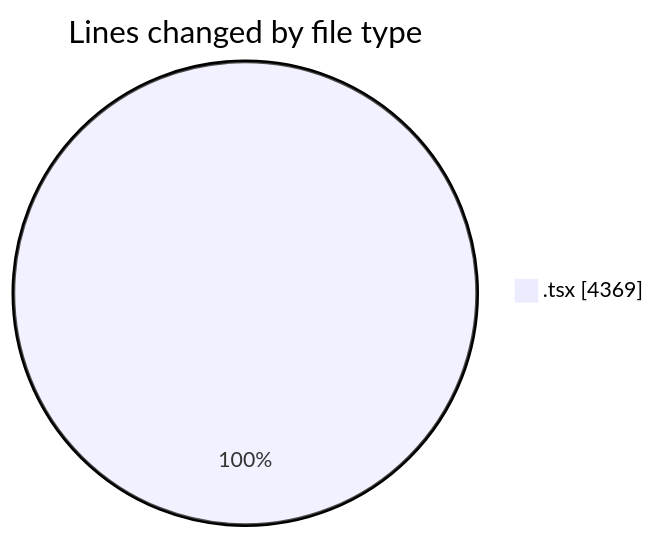
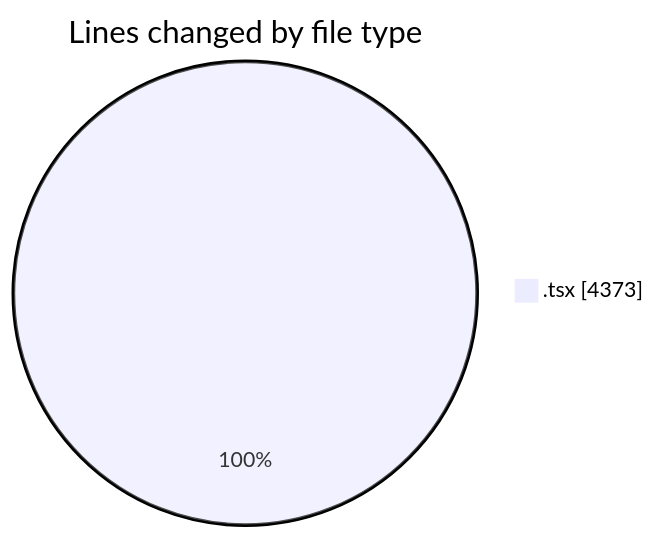
One commit to nxtqubesakshisongat/code-tracking changed the first of 2 diagrams in 2026-04-01/nxtqube_webapp/README.md. Above: the diagram before and after it, drawn with Mermaid. The commit also changed other lines of this file and 1 other file, not shown here.

````diff
--- a/2026-04-01/nxtqube_webapp/README.md
+++ b/2026-04-01/nxtqube_webapp/README.md
@@ -22,5 +22,5 @@
 ```mermaid
 pie showData
 title Lines changed by file type
-".tsx" : 4369
+".tsx" : 4373
 ```
````
